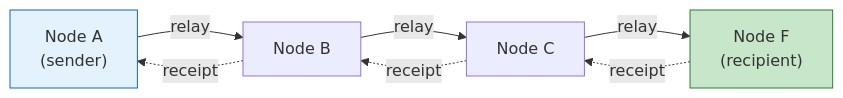
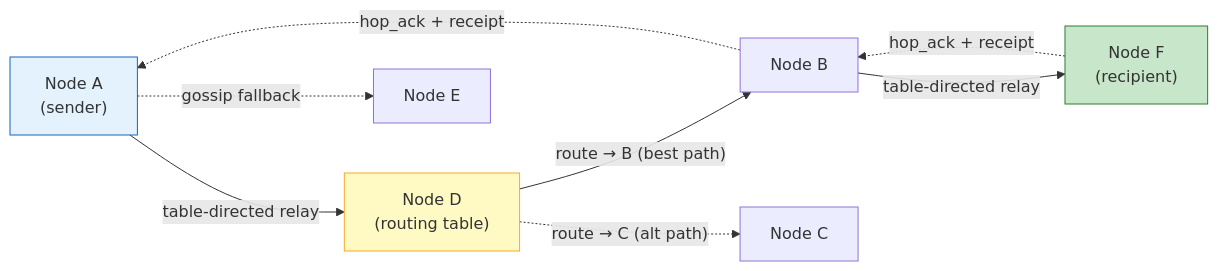
One commit to piratecash/corsa changed the first of 36 diagrams in docs/roadmap.md. Above: the diagram before and after it, drawn with Mermaid. The commit also changed other lines of this file and 36 other files, not shown here.

````diff
--- a/docs/roadmap.md
+++ b/docs/roadmap.md
@@ -72,10 +70,13 @@
 ```mermaid
 graph LR
-    A["Node A<br/>(sender)"] -->|relay| B["Node B"]
-    B -->|relay| C["Node C"]
-    C -->|relay| F["Node F<br/>(recipient)"]
-    F -.->|receipt| C -.->|receipt| B -.->|receipt| A
+    A["Node A<br/>(sender)"] -->|table-directed relay| D["Node D<br/>(routing table)"]
+    D -->|"route → B (best path)"| B["Node B"]
+    D -.->|"route → C (alt path)"| C["Node C"]
+    B -->|table-directed relay| F["Node F<br/>(recipient)"]
+    F -.->|hop_ack + receipt| B -.->|hop_ack + receipt| A
+    A -.->|gossip fallback| E["Node E"]
 
     style A fill:#e3f2fd,stroke:#1565c0
+    style D fill:#fff9c4,stroke:#f9a825
     style F fill:#c8e6c9,stroke:#2e7d32
 ```
````
